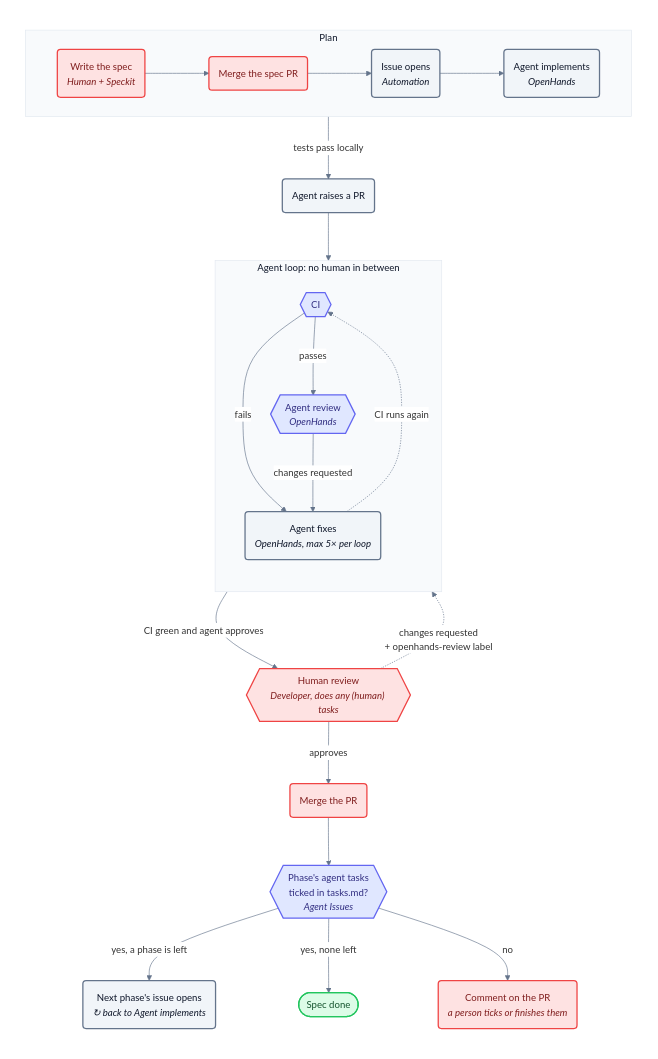
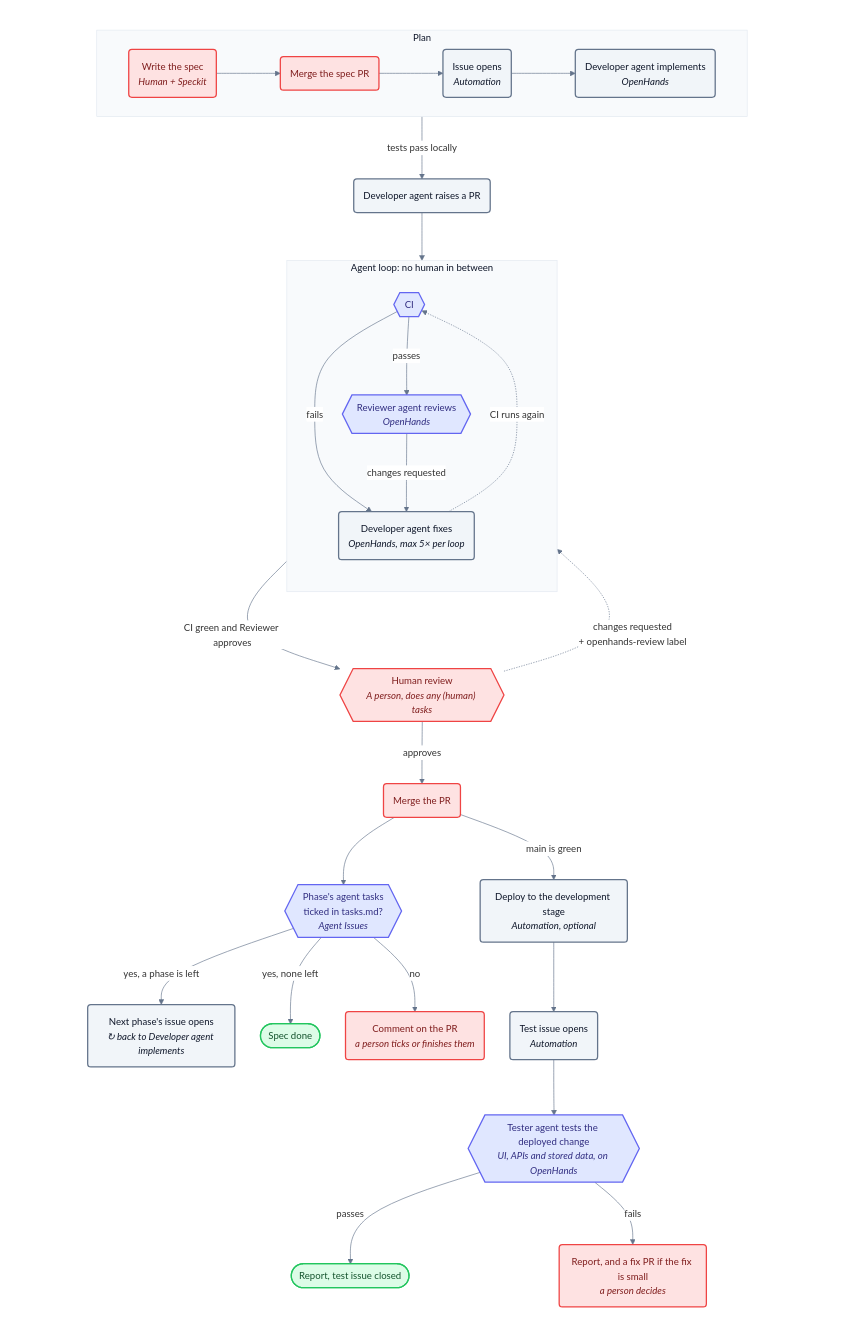
Before and after one commit to AlexTo/agentic-sdlc: the diagram in docs/diagrams/agentic-loop.mmd, drawn with Mermaid. The commit also changed 258 other files, not shown here.

First line of the commit message:
docs: add the Tester agent role, Discava's post-merge verify and the agents' prompts

```diff
--- a/docs/diagrams/agentic-loop.mmd
+++ b/docs/diagrams/agentic-loop.mmd
@@ -1,51 +1,61 @@
 %%{init: {"theme": "base", "flowchart": {"curve": "basis", "nodeSpacing": 40, "rankSpacing": 50}, "themeVariables": {"fontFamily": "Inter, system-ui, sans-serif", "fontSize": "15px", "lineColor": "#64748b", "background": "#ffffff", "textColor": "#0f172a", "titleColor": "#0f172a", "edgeLabelBackground": "#ffffff", "clusterBkg": "#f8fafc", "clusterBorder": "#e2e8f0"}}}%%
 flowchart TB
     subgraph ALL[" "]
     direction TB
     subgraph PLAN["Plan"]
         direction LR
         S("`Write the spec
 _Human + Speckit_`") --> M1("Merge the spec PR")
         M1 --> I("`Issue opens
 _Automation_`")
-        I --> IMPL("`Agent implements
+        I --> IMPL("`Developer agent implements
 _OpenHands_`")
     end
 
     subgraph VERIFY["Agent loop: no human in between"]
         direction TB
-        CI{{"CI"}} -- "passes" --> AR{{"`Agent review
+        CI{{"CI"}} -- "passes" --> AR{{"`Reviewer agent reviews
 _OpenHands_`"}}
-        CI -- "fails" --> FIX("`Agent fixes
+        CI -- "fails" --> FIX("`Developer agent fixes
 _OpenHands, max 5× per loop_`")
         AR -- "changes requested" --> FIX
         FIX -. "CI runs again" .-> CI
     end
 
-    PLAN -- "tests pass locally" --> PR("Agent raises a PR")
+    PLAN -- "tests pass locally" --> PR("Developer agent raises a PR")
     PR --> VERIFY
-    VERIFY -- "CI green and agent approves" --> HR{{"`Human review
-_Developer, does any (human) tasks_`"}}
+    VERIFY -- "CI green and Reviewer approves" --> HR{{"`Human review
+_A person, does any (human) tasks_`"}}
     HR -- "approves" --> MERGED("Merge the PR")
     MERGED --> TICK{{"`Phase's agent tasks
 ticked in tasks.md?
 _Agent Issues_`"}}
     TICK -- "yes, a phase is left" --> NEXT("`Next phase's issue opens
-_↻ back to Agent implements_`")
+_↻ back to Developer agent implements_`")
     TICK -- "yes, none left" --> Done(["Spec done"])
     TICK -- "no" --> STALL("`Comment on the PR
 _a person ticks or finishes them_`")
     HR -. "changes requested<br/>+ openhands-review label" .-> VERIFY
+
+    MERGED -- "main is green" --> DEPLOY("`Deploy to the development stage
+_Automation, optional_`")
+    DEPLOY --> TISSUE("`Test issue opens
+_Automation_`")
+    TISSUE --> TEST{{"`Tester agent tests the deployed change
+_UI, APIs and stored data, on OpenHands_`"}}
+    TEST -- "passes" --> TDONE(["Report, test issue closed"])
+    TEST -- "fails" --> TFAIL("`Report, and a fix PR if the fix is small
+_a person decides_`")
 
     end
     style ALL fill:#ffffff,stroke:#ffffff,color:#ffffff
 
     classDef human fill:#fee2e2,stroke:#ef4444,stroke-width:2px,color:#7f1d1d
     classDef agent fill:#f1f5f9,stroke:#64748b,stroke-width:2px,color:#0f172a
     classDef gate fill:#e0e7ff,stroke:#6366f1,stroke-width:2px,color:#312e81
     classDef done fill:#dcfce7,stroke:#22c55e,stroke-width:2px,color:#14532d
     class S,M1 human
-    class I,IMPL,PR,FIX,NEXT agent
-    class CI,AR,TICK gate
-    class HR,MERGED,STALL human
-    class Done done
+    class I,IMPL,PR,FIX,NEXT,DEPLOY,TISSUE agent
+    class CI,AR,TICK,TEST gate
+    class HR,MERGED,STALL,TFAIL human
+    class Done,TDONE done
```
